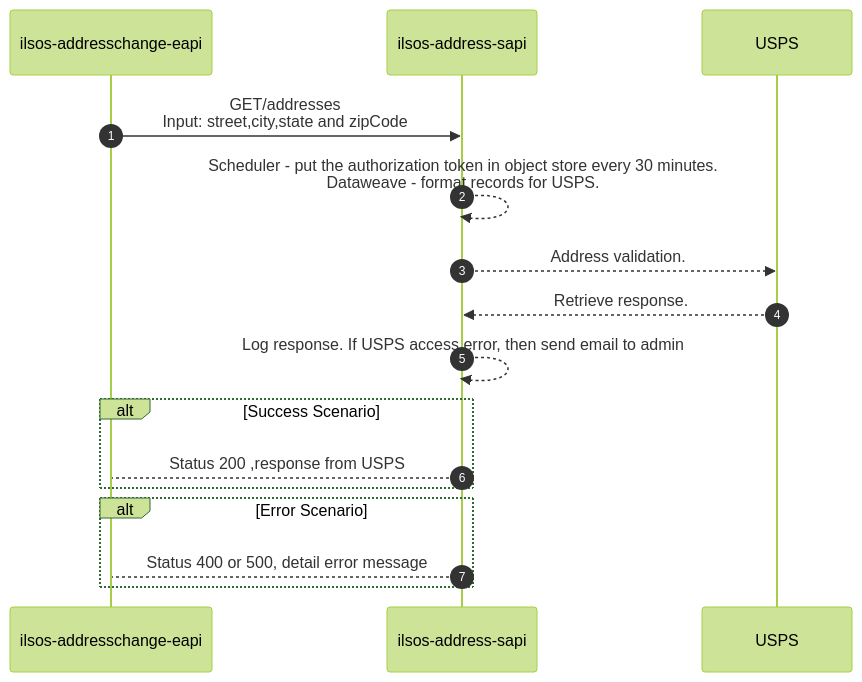
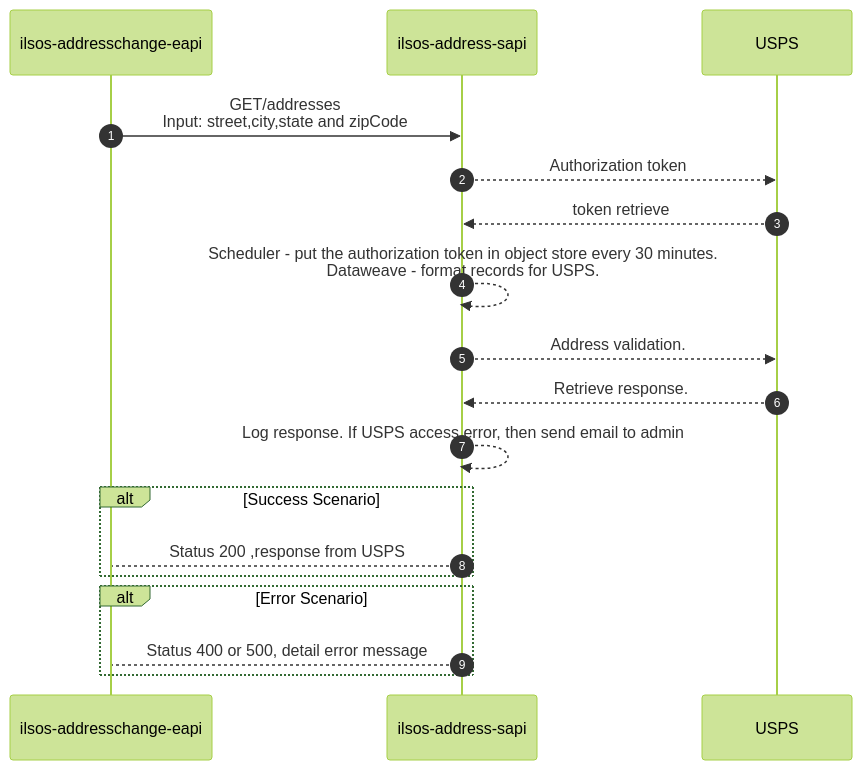
One commit to acme-devs/ilsos-address-sapi changed the diagram in README.md. Above: the diagram before and after it, drawn with Mermaid (forest theme).

````diff
--- a/README.md
+++ b/README.md
@@ -27,19 +27,21 @@
 ```mermaid
 sequenceDiagram
     autonumber
     participant eapi as ilsos-addresschange-eapi
     participant api as ilsos-address-sapi
     participant usps as USPS
 
     eapi->>api:GET/addresses <br>Input: street,city,state and zipCode
+    api-->>usps:Authorization token
+    usps-->>api:token retrieve
     api-->>api:Scheduler - put the authorization token in object store every 30 minutes.<br>Dataweave - format records for USPS.
     api-->>usps:Address validation.
     usps-->>api:Retrieve response.
     api-->>api:Log response. If USPS access error, then send email to admin
     alt Success Scenario 
         api-->eapi: Status 200 ,response from USPS
     end
     alt Error Scenario 
         api-->eapi: Status 400 or 500, detail error message
     end
   ```
````
